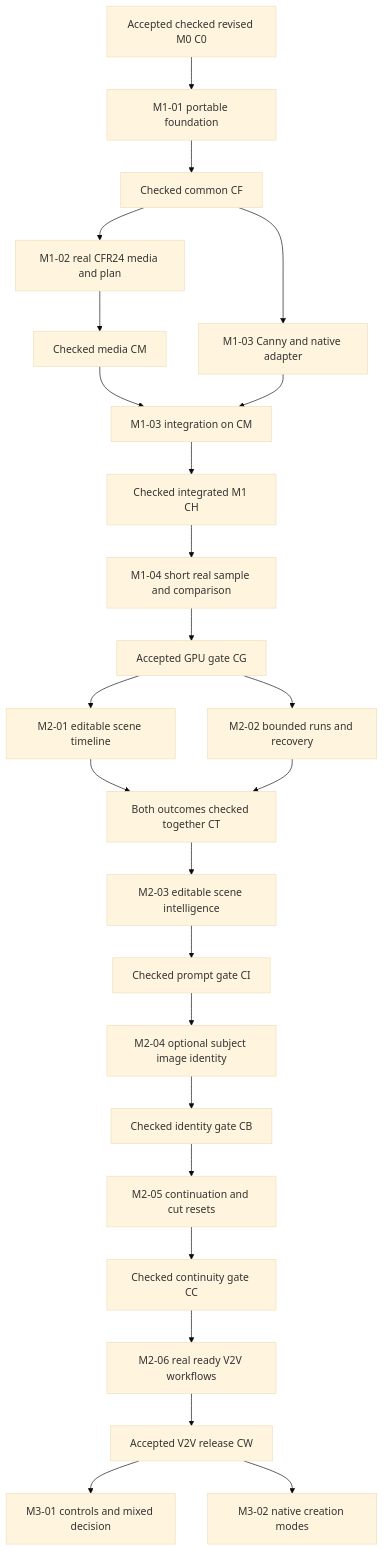
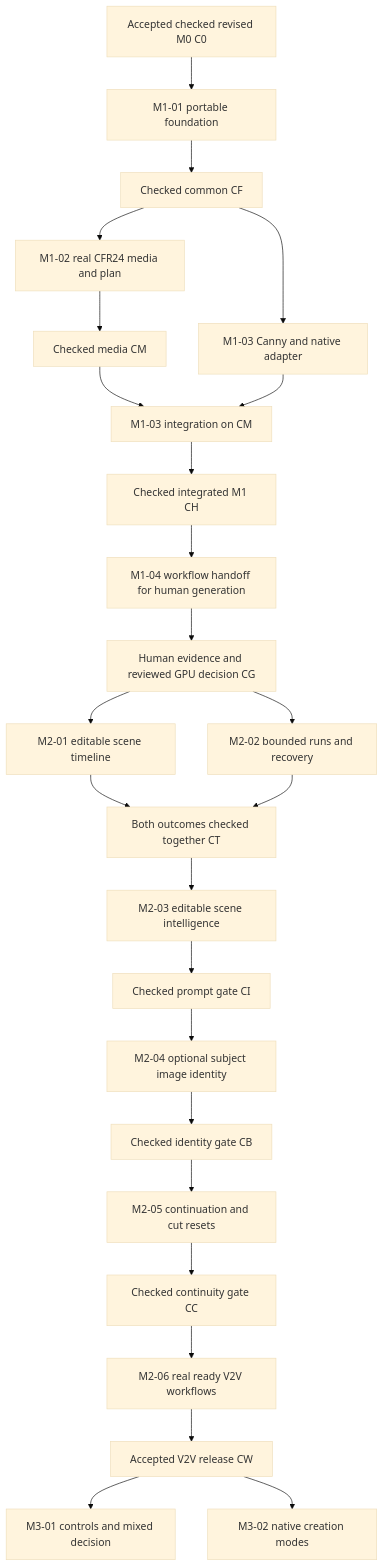
Before and after one commit to KillMeINoobs/MiniMaxH3-MovieMaker: the diagram in docs/PLAN.md, drawn with Mermaid (base theme). The commit also changed other lines of this file and 38 other files, not shown here.

```diff
--- a/docs/PLAN.md
+++ b/docs/PLAN.md
@@ -13,27 +13,27 @@
 ~~~mermaid
 flowchart TD
   C0[Accepted checked revised M0 C0] --> F[M1-01 portable foundation]
   F --> CF[Checked common CF]
   CF --> M[M1-02 real CFR24 media and plan]
   CF --> H[M1-03 Canny and native adapter]
   M --> CM[Checked media CM]
   CM --> HI[M1-03 integration on CM]
   H --> HI
   HI --> CH[Checked integrated M1 CH]
-  CH --> G[M1-04 short real sample and comparison]
-  G --> CG[Accepted GPU gate CG]
+  CH --> G[M1-04 workflow handoff for human generation]
+  G --> CG[Human evidence and reviewed GPU decision CG]
   CG --> E[M2-01 editable scene timeline]
   CG --> R[M2-02 bounded runs and recovery]
   E --> CT[Both outcomes checked together CT]
   R --> CT
   CT --> I[M2-03 editable scene intelligence]
   I --> CI[Checked prompt gate CI]
   CI --> B[M2-04 optional subject image identity]
   B --> CB[Checked identity gate CB]
   CB --> K[M2-05 continuation and cut resets]
   K --> CC[Checked continuity gate CC]
   CC --> W[M2-06 real ready V2V workflows]
   W --> CW[Accepted V2V release CW]
   CW --> C[M3-01 controls and mixed decision]
   CW --> V[M3-02 native creation modes]
 ~~~
```
